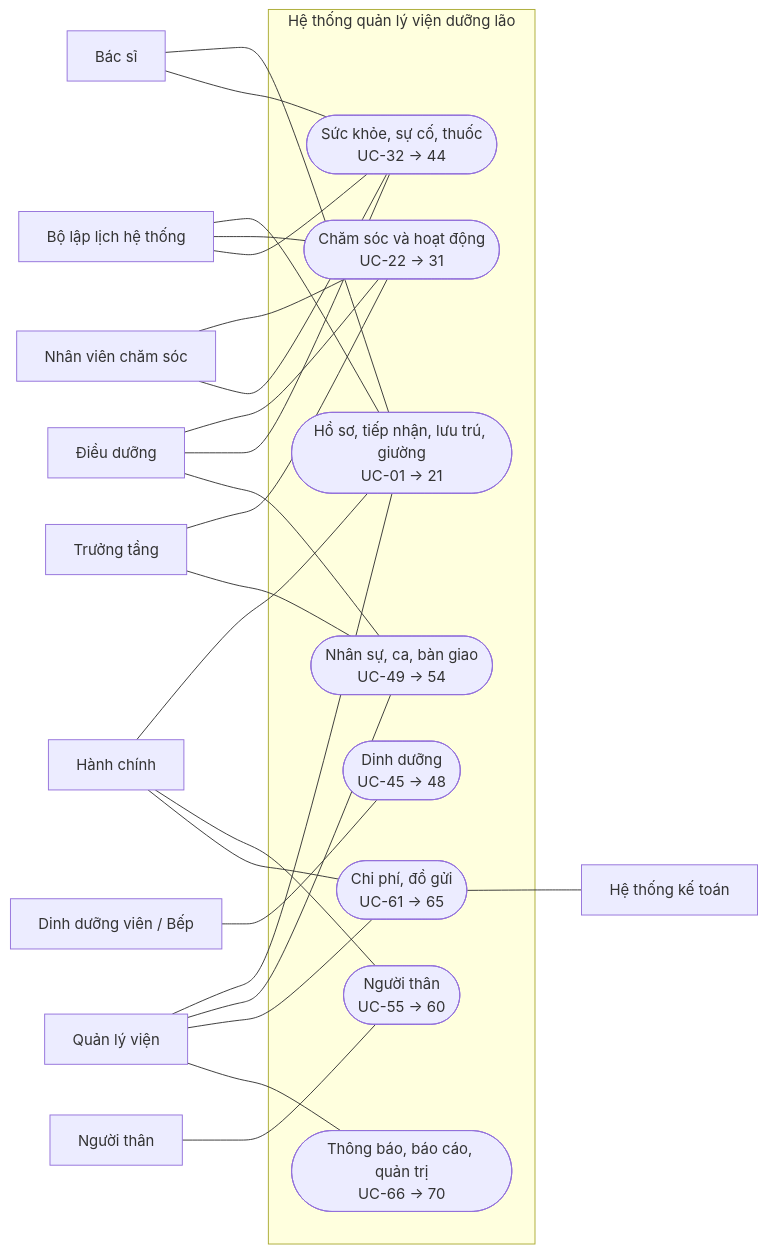
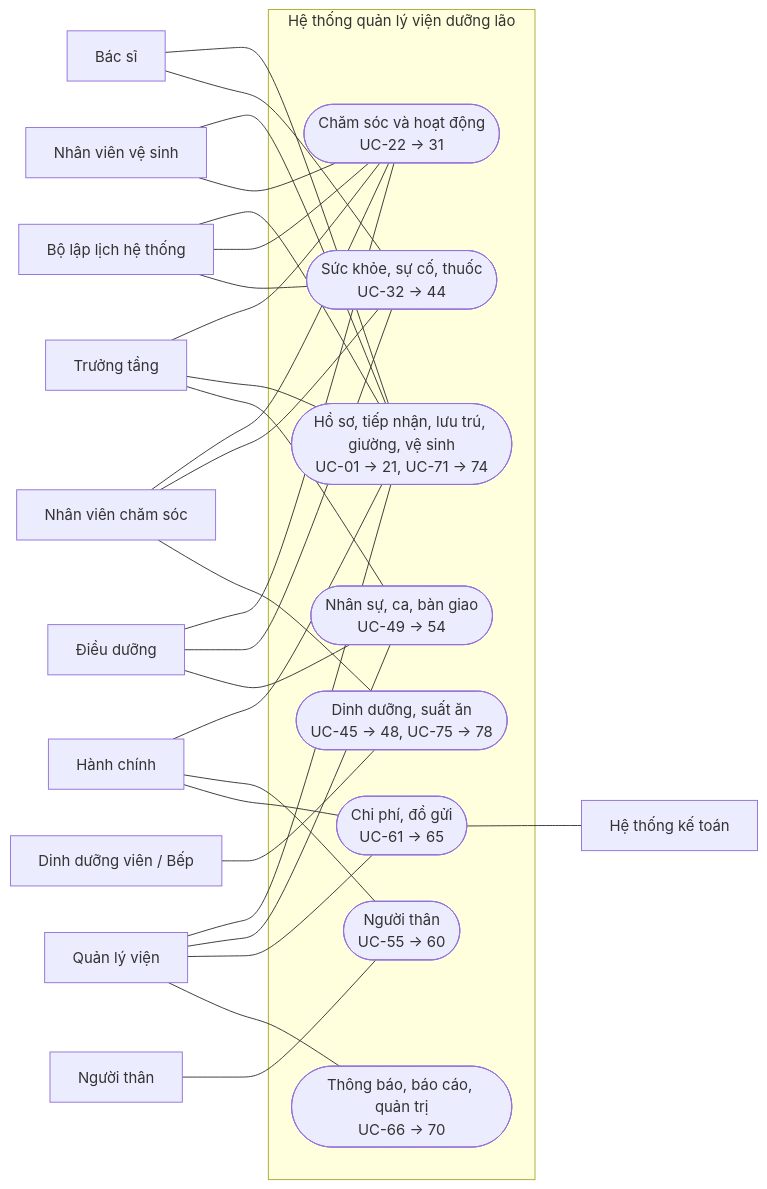
Diagram 11 of 17 in docs/phan-tich-yeu-cau.md (longdvhe170204/Elder_Care), drawn with Mermaid before and after one commit. The commit also changed other lines of this file and 16 other files, not shown here.

````diff
--- a/docs/phan-tich-yeu-cau.md
+++ b/docs/phan-tich-yeu-cau.md
@@ -532,45 +571,50 @@
 ```mermaid
 flowchart LR
     QL["Quản lý viện"]
     TT["Trưởng tầng"]
     BS["Bác sĩ"]
     DD["Điều dưỡng"]
     CS["Nhân viên chăm sóc"]
     DDV["Dinh dưỡng viên / Bếp"]
+    VS["Nhân viên vệ sinh"]
     HC["Hành chính"]
     NT["Người thân"]
     SCH["Bộ lập lịch hệ thống"]
     KT["Hệ thống kế toán"]
     subgraph SYS[Hệ thống quản lý viện dưỡng lão]
-        P1(["Hồ sơ, tiếp nhận, lưu trú, giường<br/>UC-01 → 21"])
+        P1(["Hồ sơ, tiếp nhận, lưu trú, giường, vệ sinh<br/>UC-01 → 21, UC-71 → 74"])
         P2(["Chăm sóc và hoạt động<br/>UC-22 → 31"])
         P3(["Sức khỏe, sự cố, thuốc<br/>UC-32 → 44"])
-        P4(["Dinh dưỡng<br/>UC-45 → 48"])
+        P4(["Dinh dưỡng, suất ăn<br/>UC-45 → 48, UC-75 → 78"])
         P5(["Nhân sự, ca, bàn giao<br/>UC-49 → 54"])
         P6(["Người thân<br/>UC-55 → 60"])
         P7(["Chi phí, đồ gửi<br/>UC-61 → 65"])
         P8(["Thông báo, báo cáo, quản trị<br/>UC-66 → 70"])
     end
     HC --- P1
     BS --- P1
     QL --- P1
     DD --- P2
     CS --- P2
     TT --- P2
     BS --- P3
     DD --- P3
     CS --- P3
     DDV --- P4
+    CS --- P4
+    VS --- P1
+    VS --- P2
+    TT --- P1
     QL --- P5
     TT --- P5
     DD --- P5
     NT --- P6
     HC --- P6
     HC --- P7
     QL --- P7
     P7 --- KT
     QL --- P8
     SCH --- P1
     SCH --- P2
     SCH --- P3
 ```
````
